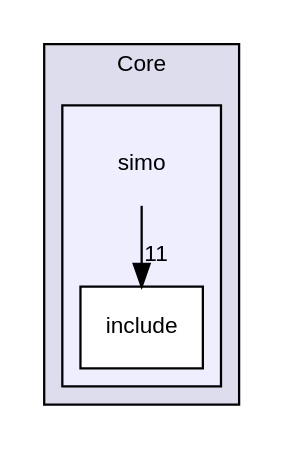
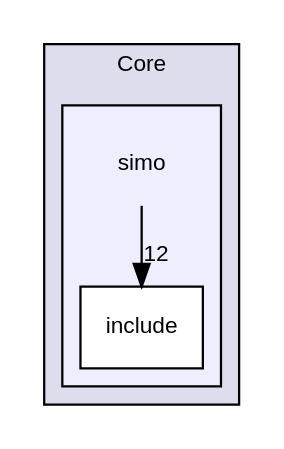
One commit to Germanvelardez2018/SIMO-STM32-framework changed the diagram in docs/dir_1ffac0d2630f4824660dea6691be9d7f_dep.dot. Above: the diagram before and after it, drawn with Graphviz. The commit also changed 80 other files, not shown here.

```diff
--- a/docs/dir_1ffac0d2630f4824660dea6691be9d7f_dep.dot
+++ b/docs/dir_1ffac0d2630f4824660dea6691be9d7f_dep.dot
@@ -1,14 +1,14 @@
 digraph "Core/simo" {
   compound=true
   node [ fontsize="10", fontname="Helvetica"];
   edge [ labelfontsize="10", labelfontname="Helvetica"];
   subgraph clusterdir_c6310732a22f63c0c2fc5595561e68f1 {
     graph [ bgcolor="#ddddee", pencolor="black", label="Core" fontname="Helvetica", fontsize="10", URL="dir_c6310732a22f63c0c2fc5595561e68f1.html"]
   subgraph clusterdir_1ffac0d2630f4824660dea6691be9d7f {
     graph [ bgcolor="#eeeeff", pencolor="black", label="" URL="dir_1ffac0d2630f4824660dea6691be9d7f.html"];
     dir_1ffac0d2630f4824660dea6691be9d7f [shape=plaintext label="simo"];
     dir_51ae6caf7e11bae481ee121923f41a47 [shape=box label="include" color="black" fillcolor="white" style="filled" URL="dir_51ae6caf7e11bae481ee121923f41a47.html"];
   }
   }
-  dir_1ffac0d2630f4824660dea6691be9d7f->dir_51ae6caf7e11bae481ee121923f41a47 [headlabel="11", labeldistance=1.5 headhref="dir_000001_000002.html"];
+  dir_1ffac0d2630f4824660dea6691be9d7f->dir_51ae6caf7e11bae481ee121923f41a47 [headlabel="12", labeldistance=1.5 headhref="dir_000001_000002.html"];
 }
```
